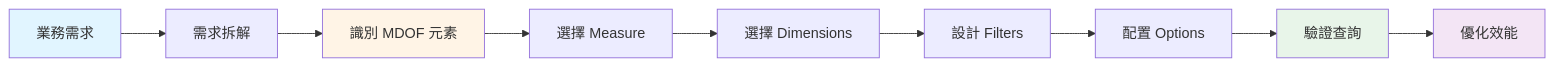
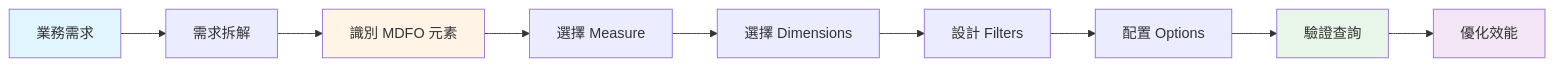
Before and after one commit to mapleelpam/LuminNexus-LearningMap: the first of 4 diagrams in projects/prismavision/smart-insight-engine/02_query-design.md, drawn with Mermaid. The commit also changed other lines of this file and 18 other files, not shown here.

First line of the commit message:
chore: MDOF → MDFO 全 repo 正名

````diff
--- a/projects/prismavision/smart-insight-engine/02_query-design.md
+++ b/projects/prismavision/smart-insight-engine/02_query-design.md
@@ -61,16 +61,16 @@
 ```mermaid
 graph LR
     A[業務需求] --> B[需求拆解]
-    B --> C[識別 MDOF 元素]
+    B --> C[識別 MDFO 元素]
     C --> D[選擇 Measure]
     D --> E[選擇 Dimensions]
     E --> F[設計 Filters]
     F --> G[配置 Options]
     G --> H[驗證查詢]
     H --> I[優化效能]
 
     style A fill:#e1f5ff
     style C fill:#fff4e6
     style H fill:#e8f5e9
     style I fill:#f3e5f5
 ```
````
